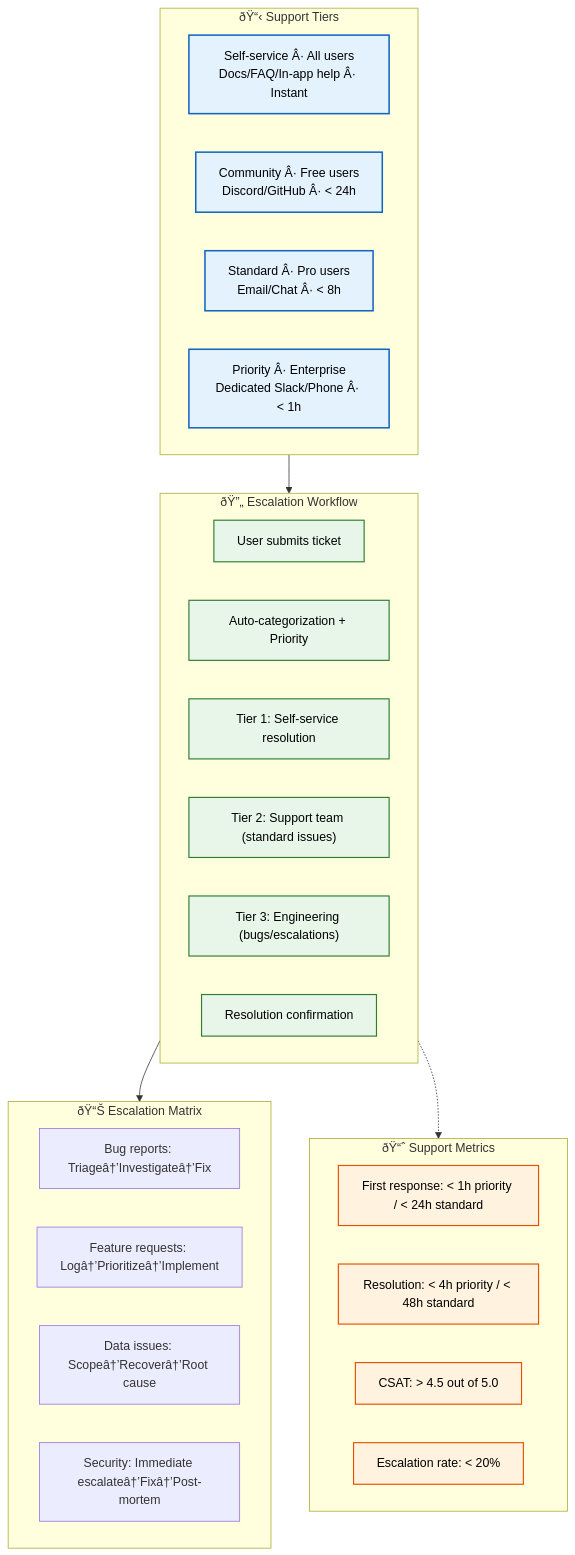
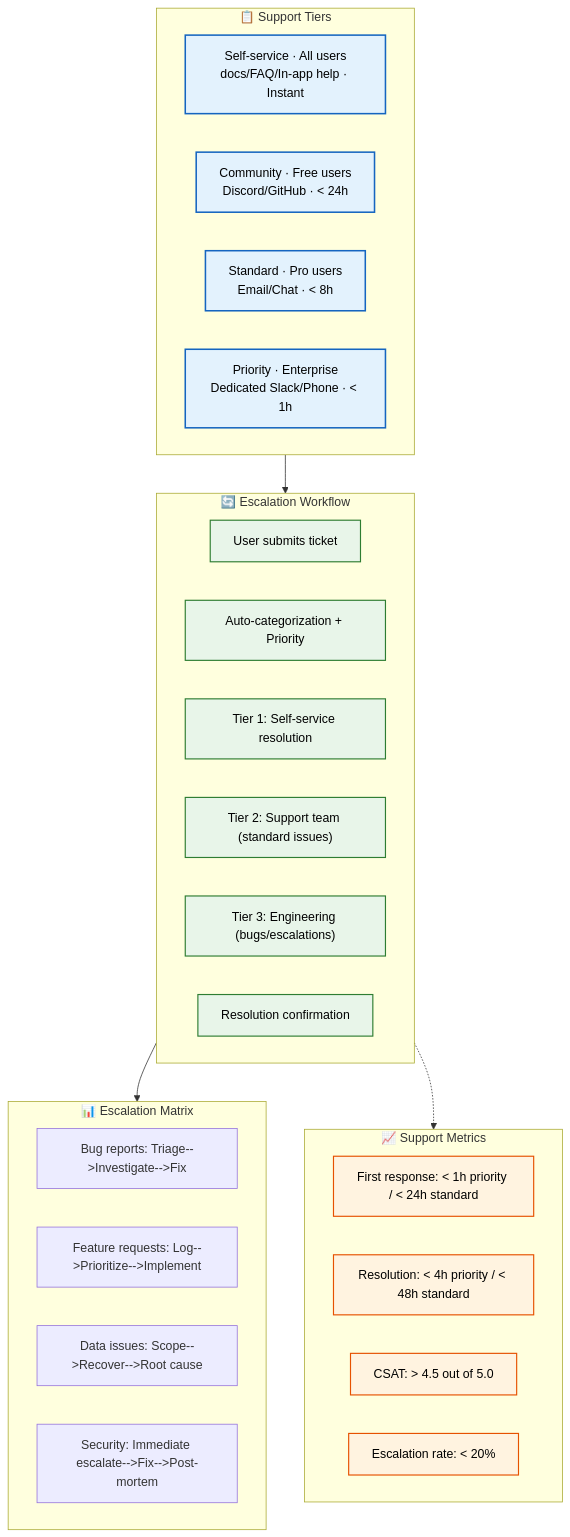
One commit to Driftloom/Vaeloom changed the diagram in Docs/Operations/Support.md. Above: the diagram before and after it, drawn with Mermaid. The commit also changed other lines of this file and 16 other files, not shown here.

````diff
--- a/Docs/Operations/Support.md
+++ b/Docs/Operations/Support.md
@@ -8,44 +8,44 @@
 ```mermaid
 graph TD
     classDef tier fill:#e3f2fd,stroke:#1565c0,color:#000,stroke-width:2px
     classDef workflow fill:#e8f5e9,stroke:#2e7d32,color:#000,stroke-width:1.5px
     classDef metric fill:#fff3e0,stroke:#e65100,color:#000,stroke-width:1.5px
 
-    subgraph Tiers["ðŸ“‹ Support Tiers"]
-        T1["Self-service Â· All users<br/>Docs/FAQ/In-app help Â· Instant"]
-        T2["Community Â· Free users<br/>Discord/GitHub Â· < 24h"]
-        T3["Standard Â· Pro users<br/>Email/Chat Â· < 8h"]
-        T4["Priority Â· Enterprise<br/>Dedicated Slack/Phone Â· < 1h"]
+    subgraph Tiers["📋 Support Tiers"]
+        T1["Self-service · All users<br/>docs/FAQ/In-app help · Instant"]
+        T2["Community · Free users<br/>Discord/GitHub · < 24h"]
+        T3["Standard · Pro users<br/>Email/Chat · < 8h"]
+        T4["Priority · Enterprise<br/>Dedicated Slack/Phone · < 1h"]
     end
 
-    subgraph Workflow["ðŸ”„ Escalation Workflow"]
+    subgraph Workflow["🔄 Escalation Workflow"]
         W1["User submits ticket"]
         W2["Auto-categorization + Priority"]
         W3["Tier 1: Self-service resolution"]
         W4["Tier 2: Support team (standard issues)"]
         W5["Tier 3: Engineering (bugs/escalations)"]
         W6["Resolution confirmation"]
     end
 
-    subgraph Escalation["ðŸ“Š Escalation Matrix"]
-        E1["Bug reports: Triageâ†’Investigateâ†’Fix"]
-        E2["Feature requests: Logâ†’Prioritizeâ†’Implement"]
-        E3["Data issues: Scopeâ†’Recoverâ†’Root cause"]
-        E4["Security: Immediate escalateâ†’Fixâ†’Post-mortem"]
+    subgraph Escalation["📊 Escalation Matrix"]
+        E1["Bug reports: Triage-->Investigate-->Fix"]
+        E2["Feature requests: Log-->Prioritize-->Implement"]
+        E3["Data issues: Scope-->Recover-->Root cause"]
+        E4["Security: Immediate escalate-->Fix-->Post-mortem"]
     end
 
-    subgraph Metrics["ðŸ“ˆ Support Metrics"]
+    subgraph Metrics["📈 Support Metrics"]
         M1["First response: < 1h priority / < 24h standard"]
         M2["Resolution: < 4h priority / < 48h standard"]
         M3["CSAT: > 4.5 out of 5.0"]
         M4["Escalation rate: < 20%"]
     end
 
     Tiers --> Workflow --> Escalation
     Workflow -.-> Metrics
 
     class T1,T2,T3,T4 tier
     class W1,W2,W3,W4,W5,W6 workflow
     class E1,E2,E3,E4 escalation
     class M1,M2,M3,M4 metric
 ```
````
